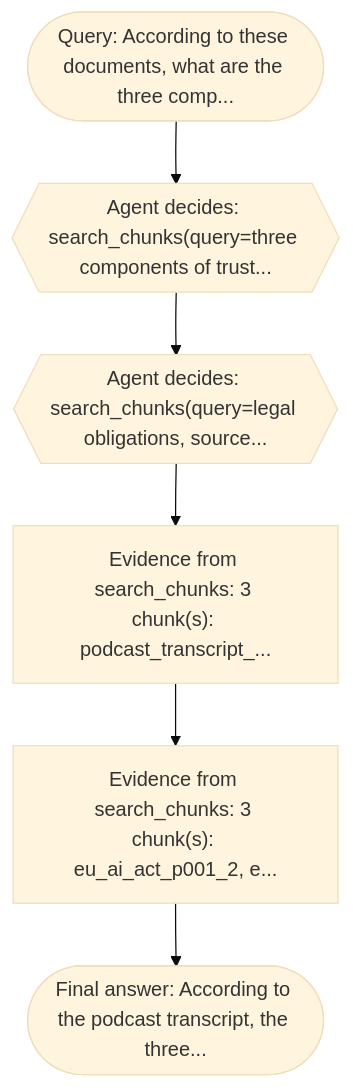
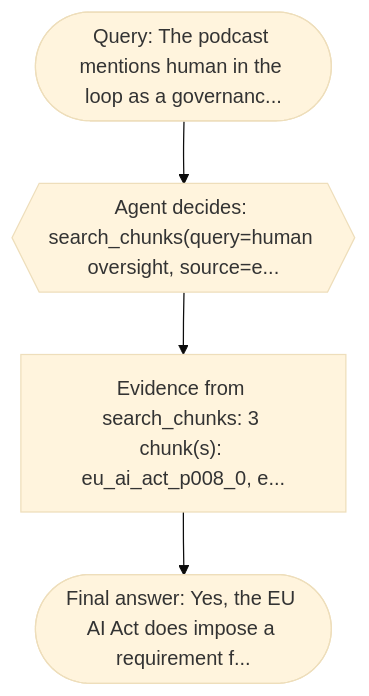
Before and after one commit to lou-PL-dev/LAB-Agents-that-speak-MCP-fluently: the diagram in execution_trace.mmd, drawn with Mermaid (base theme). The commit also changed 2 other files, not shown here.

```diff
--- a/execution_trace.mmd
+++ b/execution_trace.mmd
@@ -1,12 +1,8 @@
 flowchart TD
-    n0(["Query: According to these documents, what are the three comp..."])
-    n1{{"Agent decides: search_chunks(query=three components of trust..."}}
+    n0(["Query: The podcast mentions human in the loop as a governanc..."])
+    n1{{"Agent decides: search_chunks(query=human oversight, source=e..."}}
     n0 --> n1
-    n2{{"Agent decides: search_chunks(query=legal obligations, source..."}}
+    n2["Evidence from search_chunks: 3 chunk(s): eu_ai_act_p008_0, e..."]
     n1 --> n2
-    n3["Evidence from search_chunks: 3 chunk(s): podcast_transcript_..."]
+    n3(["Final answer: Yes, the EU AI Act does impose a requirement f..."])
     n2 --> n3
-    n4["Evidence from search_chunks: 3 chunk(s): eu_ai_act_p001_2, e..."]
-    n3 --> n4
-    n5(["Final answer: According to the podcast transcript, the three..."])
-    n4 --> n5
```
